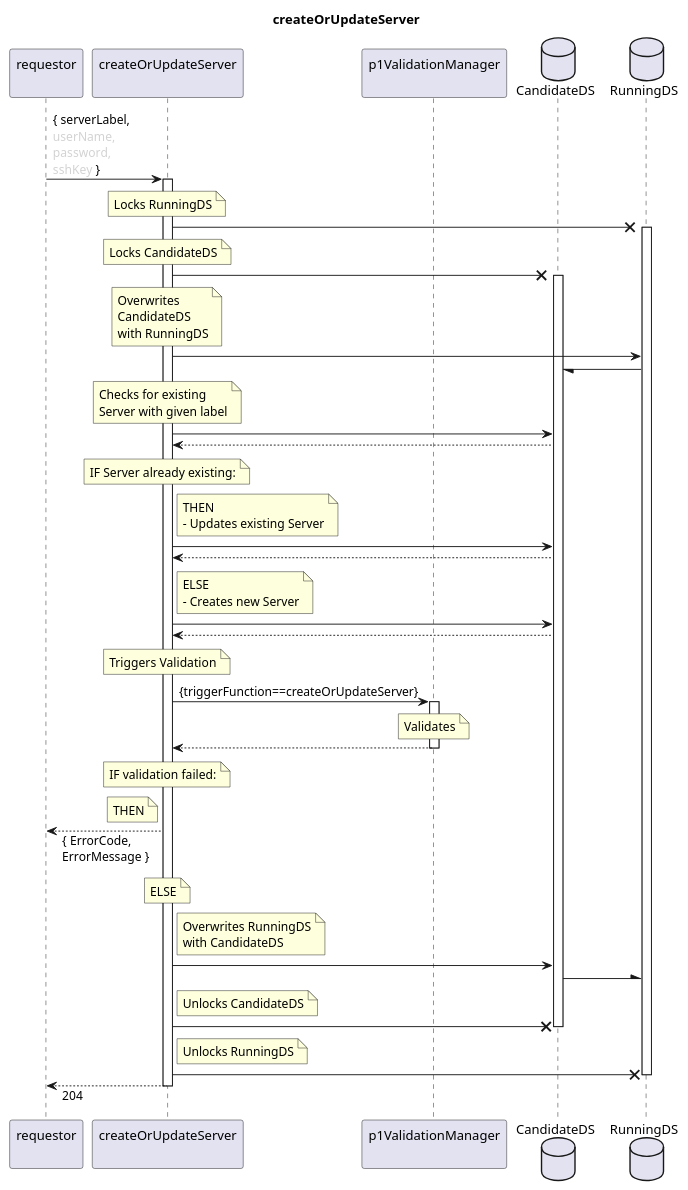
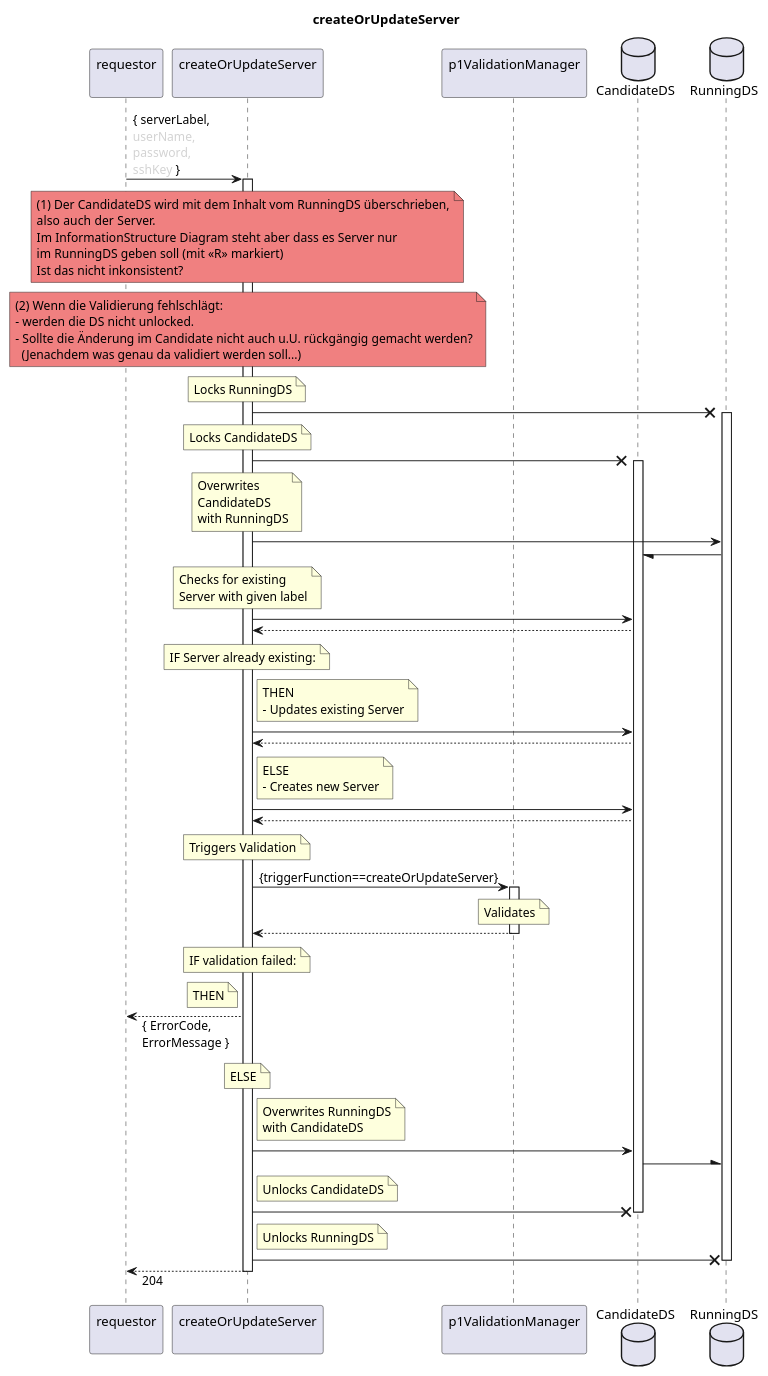
Before and after one commit to openBackhaul/FirmWareManager: the diagram in spec/Services/createOrUpdateServer/1.0.0/createOrUpdateServer.plantuml, drawn with PlantUML. The commit also changed 2 other files, not shown here.

```diff
--- a/spec/Services/createOrUpdateServer/1.0.0/createOrUpdateServer.plantuml
+++ b/spec/Services/createOrUpdateServer/1.0.0/createOrUpdateServer.plantuml
@@ -1,99 +1,113 @@
 @startuml createOrUpdateServer
 skinparam responseMessageBelowArrow true
 
 title
   createOrUpdateServer
 end title
 
 participant "requestor\n" as requestor
 participant "createOrUpdateServer\n" as couServer
 participant "p1ValidationManager\n" as valiMan
 database "CandidateDS" as CanDS
 database "RunningDS" as RunDS
 
 requestor -> couServer: { serverLabel,\n<color:LightGray>userName,\n<color:LightGray>password,\n<color:LightGray>sshKey</color> }
 activate couServer
+
+  note over couServer #LightCoral
+    (1) Der CandidateDS wird mit dem Inhalt vom RunningDS überschrieben,
+    also auch der Server.
+    Im InformationStructure Diagram steht aber dass es Server nur
+    im RunningDS geben soll (mit <<R>> markiert)
+    Ist das nicht inkonsistent?
+  end note
+  note over couServer #LightCoral
+    (2) Wenn die Validierung fehlschlägt:
+    - werden die DS nicht unlocked.
+    - Sollte die Änderung im Candidate nicht auch u.U. rückgängig gemacht werden?
+      (Jenachdem was genau da validiert werden soll...)
+  end note
 
   note over couServer
     Locks RunningDS
   end note
   couServer -X RunDS
   activate RunDS
   note over couServer
     Locks CandidateDS
   end note
   couServer -X CanDS
   activate CanDS
   note over couServer
     Overwrites
     CandidateDS
     with RunningDS
   end note
   couServer -> RunDS
   RunDS -/ CanDS
 
   note over couServer
     Checks for existing
     Server with given label
   end note
   couServer -> CanDS
   couServer <-- CanDS
   note over couServer
     IF Server already existing:
   end note
   note right couServer
     THEN
     - Updates existing Server
   end note
   couServer -> CanDS
   couServer <-- CanDS
   note right couServer
     ELSE
     - Creates new Server
   end note
   couServer -> CanDS
   couServer <-- CanDS
 
   note over couServer
     Triggers Validation
   end note
   couServer -> valiMan: {triggerFunction==createOrUpdateServer}
   activate valiMan
     note over valiMan
       Validates
     end note
   couServer <-- valiMan
   deactivate valiMan
   note over couServer
     IF validation failed:
   end note
   note left couServer
     THEN
   end note
   requestor <-- couServer: { ErrorCode,\nErrorMessage }
   note over couServer
     ELSE
   end note
 
   note right couServer
     Overwrites RunningDS
     with CandidateDS
   end note
   couServer -> CanDS
   CanDS -\ RunDS
   note right couServer
     Unlocks CandidateDS
   end note
   couServer -X CanDS
   deactivate CanDS
   note right couServer
     Unlocks RunningDS
   end note
   couServer -X RunDS
   deactivate RunDS
 
   requestor <-- couServer: 204
 
 deactivate couServer
 
 @enduml
```
